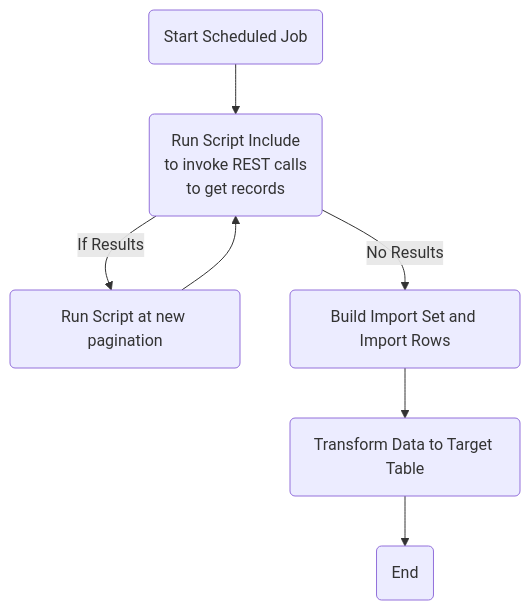
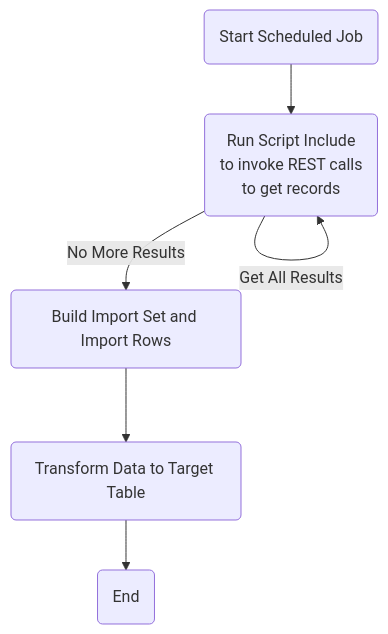
One commit to jacebenson/workflow changed the diagram in public/mmd/import-pattern.mmd. Above: the diagram before and after it, drawn with Mermaid. The commit also changed other lines of this file, not shown here.

Commit message:
import-pattern update

```diff
--- a/public/mmd/import-pattern.mmd
+++ b/public/mmd/import-pattern.mmd
@@ -1,14 +1,12 @@
 graph TD
   S0(Start Scheduled Job)
   R1(Run Script Include<br/> to invoke REST calls<br/>to get records)
-  R2(Run Script at new pagination)
   I1(Build Import Set and Import Rows)
   T1(Transform Data to Target Table)
   E0(End)
   
   S0-->R1
-  R1--If Results-->R2
-  R2-->R1
-  R1--No Results-->I1
+  R1--Get All Results-->R1
+  R1--No More Results-->I1
   I1-->T1
   T1-->E0
```
